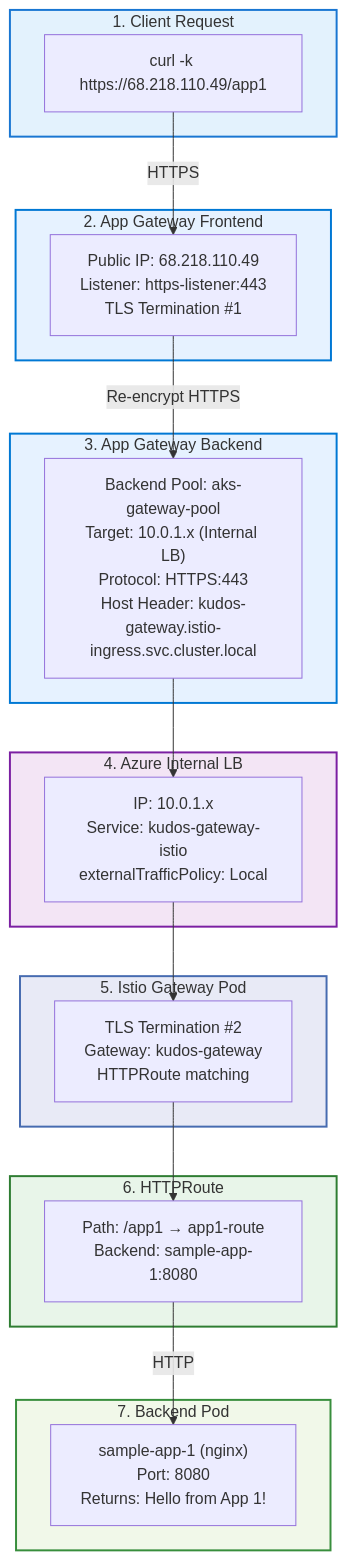
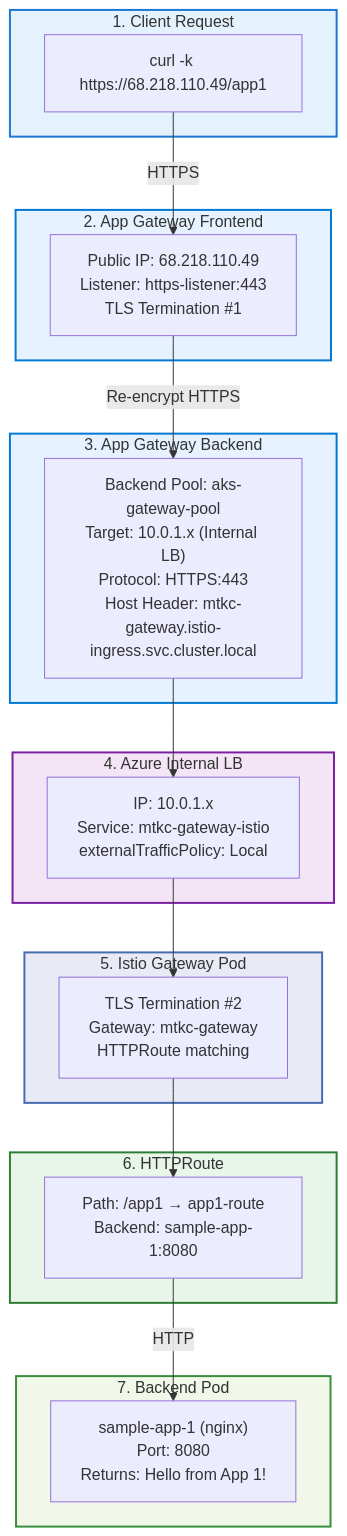
Before and after one commit to shanaka-versent/shanaka-aks-poc: the fourth of 7 diagrams in README.md, drawn with Mermaid. The commit also changed other lines of this file and 25 other files, not shown here.

````diff
--- a/README.md
+++ b/README.md
@@ -202,51 +202,51 @@
 ```mermaid
 flowchart TB
     subgraph Step1["1. Client Request"]
         Client["curl -k https://68.218.110.49/app1"]
     end
 
     subgraph Step2["2. App Gateway Frontend"]
         AGW["Public IP: 68.218.110.49<br/>Listener: https-listener:443<br/>TLS Termination #1"]
     end
 
     subgraph Step3["3. App Gateway Backend"]
-        Backend["Backend Pool: aks-gateway-pool<br/>Target: 10.0.1.x (Internal LB)<br/>Protocol: HTTPS:443<br/>Host Header: kudos-gateway.istio-ingress.svc.cluster.local"]
+        Backend["Backend Pool: aks-gateway-pool<br/>Target: 10.0.1.x (Internal LB)<br/>Protocol: HTTPS:443<br/>Host Header: mtkc-gateway.istio-ingress.svc.cluster.local"]
     end
 
     subgraph Step4["4. Azure Internal LB"]
-        ILB["IP: 10.0.1.x<br/>Service: kudos-gateway-istio<br/>externalTrafficPolicy: Local"]
+        ILB["IP: 10.0.1.x<br/>Service: mtkc-gateway-istio<br/>externalTrafficPolicy: Local"]
     end
 
     subgraph Step5["5. Istio Gateway Pod"]
-        Gateway["TLS Termination #2<br/>Gateway: kudos-gateway<br/>HTTPRoute matching"]
+        Gateway["TLS Termination #2<br/>Gateway: mtkc-gateway<br/>HTTPRoute matching"]
     end
 
     subgraph Step6["6. HTTPRoute"]
         Route["Path: /app1 → app1-route<br/>Backend: sample-app-1:8080"]
     end
 
     subgraph Step7["7. Backend Pod"]
         Pod["sample-app-1 (nginx)<br/>Port: 8080<br/>Returns: Hello from App 1!"]
     end
 
     Client -->|"HTTPS"| AGW
     AGW -->|"Re-encrypt HTTPS"| Backend
     Backend --> ILB
     ILB --> Gateway
     Gateway --> Route
     Route -->|"HTTP"| Pod
 
     classDef client fill:#e3f2fd,stroke:#1976d2,stroke-width:2px,color:#333
     classDef appgw fill:#e6f2ff,stroke:#0078d4,stroke-width:2px,color:#333
     classDef ilb fill:#f3e5f5,stroke:#7b1fa2,stroke-width:2px,color:#333
     classDef istio fill:#e8eaf6,stroke:#466bb0,stroke-width:2px,color:#333
     classDef route fill:#e8f5e9,stroke:#2e7d32,stroke-width:2px,color:#333
     classDef backend fill:#f1f8e9,stroke:#388e3c,stroke-width:2px,color:#333
 
     class Step1 client
     class Step2,Step3 appgw
     class Step4 ilb
     class Step5 istio
     class Step6 route
     class Step7 backend
 ```
````
